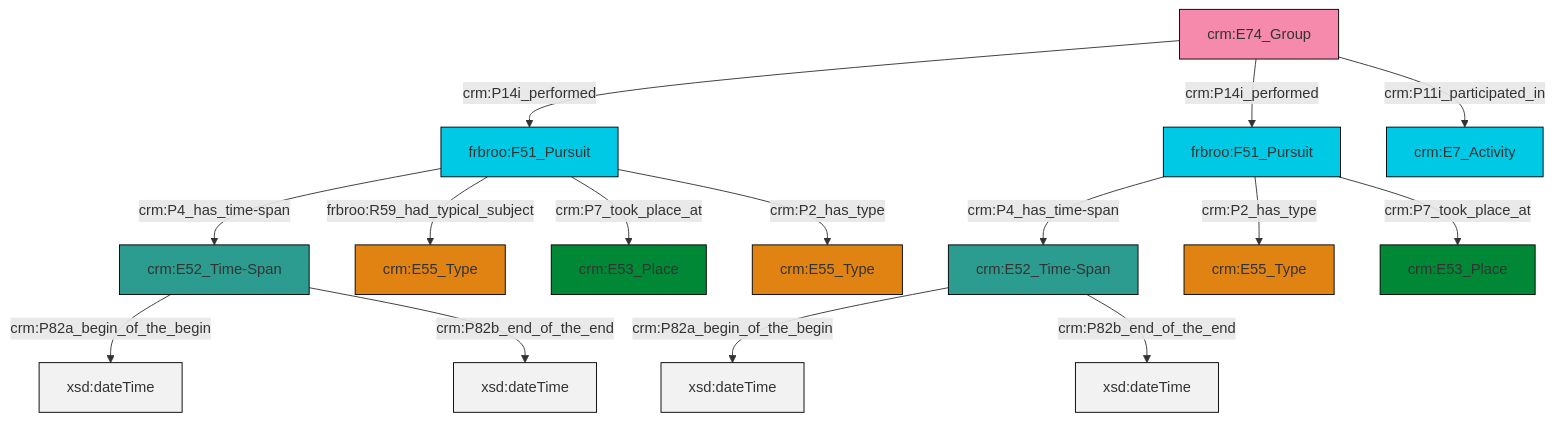
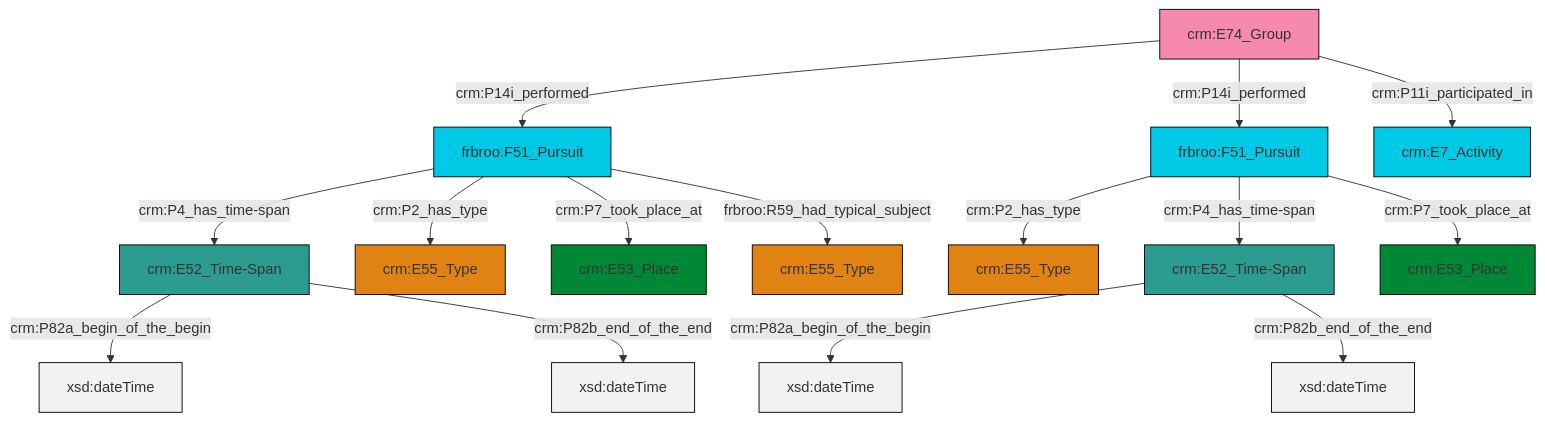
The diagram in et/groupCSV/ttl/mmd/group_events.ttl.mmd (swiss-art-research-net/reference-data-models), drawn with Mermaid before and after one commit. The commit also changed 123 other files, not shown here.

```diff
--- a/et/groupCSV/ttl/mmd/group_events.ttl.mmd
+++ b/et/groupCSV/ttl/mmd/group_events.ttl.mmd
@@ -1,29 +1,29 @@
 graph TD
 classDef Literal fill:#f2f2f2,stroke:#000000;
 classDef CRM_Entity fill:#FFFFFF,stroke:#000000;
 classDef Temporal_Entity fill:#00C9E6, stroke:#000000;
 classDef Type fill:#E18312, stroke:#000000;
 classDef Time-Span fill:#2C9C91, stroke:#000000;
 classDef Appellation fill:#FFEB7F, stroke:#000000;
 classDef Place fill:#008836, stroke:#000000;
 classDef Persistent_Item fill:#B266B2, stroke:#000000;
 classDef Conceptual_Object fill:#FFD700, stroke:#000000;
 classDef Physical_Thing fill:#D2B48C, stroke:#000000;
 classDef Actor fill:#f58aad, stroke:#000000;
 classDef PC_Classes fill:#4ce600, stroke:#000000;
 classDef Multi fill:#cccccc,stroke:#000000;
 
-2["frbroo:F51_Pursuit"]:::Temporal_Entity -->|crm:P4_has_time-span| 3["crm:E52_Time-Span"]:::Time-Span
-2["frbroo:F51_Pursuit"]:::Temporal_Entity -->|frbroo:R59_had_typical_subject| 4["crm:E55_Type"]:::Type
-0["crm:E52_Time-Span"]:::Time-Span -->|crm:P82a_begin_of_the_begin| 7[xsd:dateTime]:::Literal
-2["frbroo:F51_Pursuit"]:::Temporal_Entity -->|crm:P7_took_place_at| 10["crm:E53_Place"]:::Place
-11["frbroo:F51_Pursuit"]:::Temporal_Entity -->|crm:P4_has_time-span| 0["crm:E52_Time-Span"]:::Time-Span
-2["frbroo:F51_Pursuit"]:::Temporal_Entity -->|crm:P2_has_type| 17["crm:E55_Type"]:::Type
-3["crm:E52_Time-Span"]:::Time-Span -->|crm:P82a_begin_of_the_begin| 20[xsd:dateTime]:::Literal
-5["crm:E74_Group"]:::Actor -->|crm:P14i_performed| 2["frbroo:F51_Pursuit"]:::Temporal_Entity
-11["frbroo:F51_Pursuit"]:::Temporal_Entity -->|crm:P2_has_type| 8["crm:E55_Type"]:::Type
-5["crm:E74_Group"]:::Actor -->|crm:P14i_performed| 11["frbroo:F51_Pursuit"]:::Temporal_Entity
-0["crm:E52_Time-Span"]:::Time-Span -->|crm:P82b_end_of_the_end| 23[xsd:dateTime]:::Literal
-3["crm:E52_Time-Span"]:::Time-Span -->|crm:P82b_end_of_the_end| 26[xsd:dateTime]:::Literal
-11["frbroo:F51_Pursuit"]:::Temporal_Entity -->|crm:P7_took_place_at| 14["crm:E53_Place"]:::Place
-5["crm:E74_Group"]:::Actor -->|crm:P11i_participated_in| 12["crm:E7_Activity"]:::Temporal_Entity
+4["frbroo:F51_Pursuit"]:::Temporal_Entity -->|crm:P2_has_type| 5["crm:E55_Type"]:::Type
+6["crm:E74_Group"]:::Actor -->|crm:P14i_performed| 7["frbroo:F51_Pursuit"]:::Temporal_Entity
+8["crm:E52_Time-Span"]:::Time-Span -->|crm:P82a_begin_of_the_begin| 9[xsd:dateTime]:::Literal
+8["crm:E52_Time-Span"]:::Time-Span -->|crm:P82b_end_of_the_end| 10[xsd:dateTime]:::Literal
+7["frbroo:F51_Pursuit"]:::Temporal_Entity -->|crm:P4_has_time-span| 8["crm:E52_Time-Span"]:::Time-Span
+7["frbroo:F51_Pursuit"]:::Temporal_Entity -->|crm:P2_has_type| 11["crm:E55_Type"]:::Type
+4["frbroo:F51_Pursuit"]:::Temporal_Entity -->|crm:P4_has_time-span| 14["crm:E52_Time-Span"]:::Time-Span
+7["frbroo:F51_Pursuit"]:::Temporal_Entity -->|crm:P7_took_place_at| 2["crm:E53_Place"]:::Place
+6["crm:E74_Group"]:::Actor -->|crm:P14i_performed| 4["frbroo:F51_Pursuit"]:::Temporal_Entity
+6["crm:E74_Group"]:::Actor -->|crm:P11i_participated_in| 15["crm:E7_Activity"]:::Temporal_Entity
+4["frbroo:F51_Pursuit"]:::Temporal_Entity -->|crm:P7_took_place_at| 0["crm:E53_Place"]:::Place
+14["crm:E52_Time-Span"]:::Time-Span -->|crm:P82a_begin_of_the_begin| 21[xsd:dateTime]:::Literal
+14["crm:E52_Time-Span"]:::Time-Span -->|crm:P82b_end_of_the_end| 23[xsd:dateTime]:::Literal
+7["frbroo:F51_Pursuit"]:::Temporal_Entity -->|frbroo:R59_had_typical_subject| 24["crm:E55_Type"]:::Type
```
